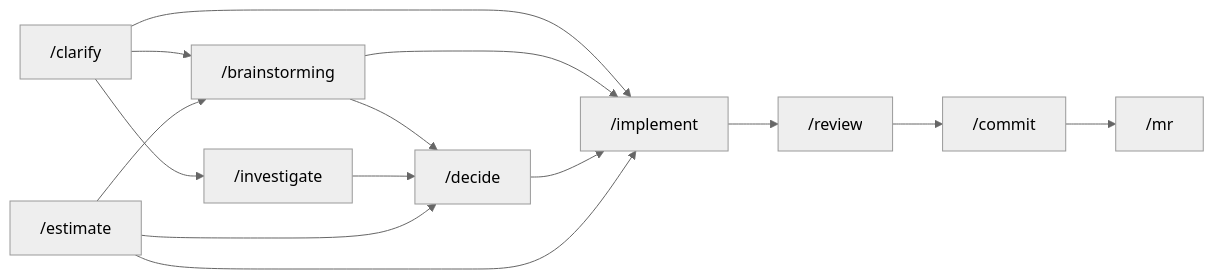
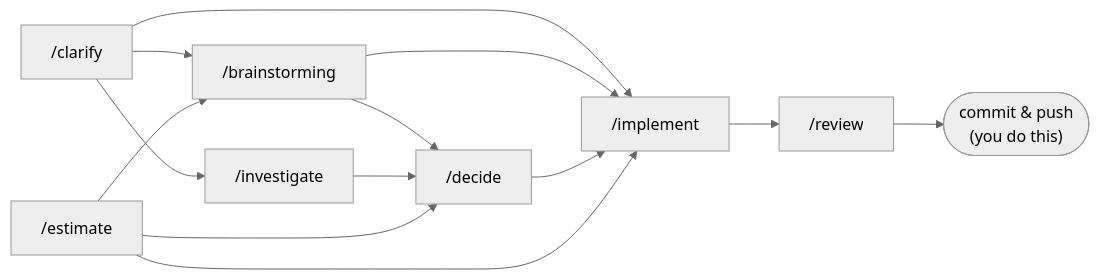
The third of 3 diagrams in README.md (hohieuu/hkit), drawn with Mermaid (neutral theme) before and after one commit. The commit also changed other lines of this file, not shown here.

Commit message:
update README diagrams: remove /commit and /mr, show user does it

````diff
--- a/README.md
+++ b/README.md
@@ -102,14 +101,13 @@
 ```mermaid
 flowchart LR
     CL["/clarify"] --> BS["/brainstorming"]
     CL --> IM["/implement"]
     CL --> IV["/investigate"]
     BS --> DC["/decide"]
     BS --> IM
     IV --> DC
     DC --> IM
     IM --> RV["/review"]
-    RV --> CM["/commit"]
-    CM --> MR["/mr"]
+    RV --> DONE(["commit & push\n(you do this)"])
     ET["/estimate"] --> BS & DC & IM
 ```
````
